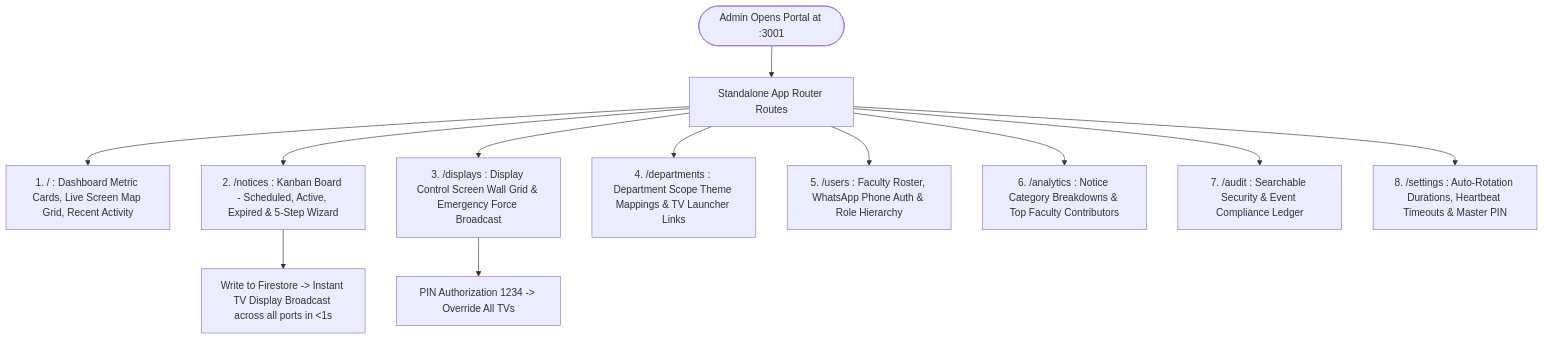
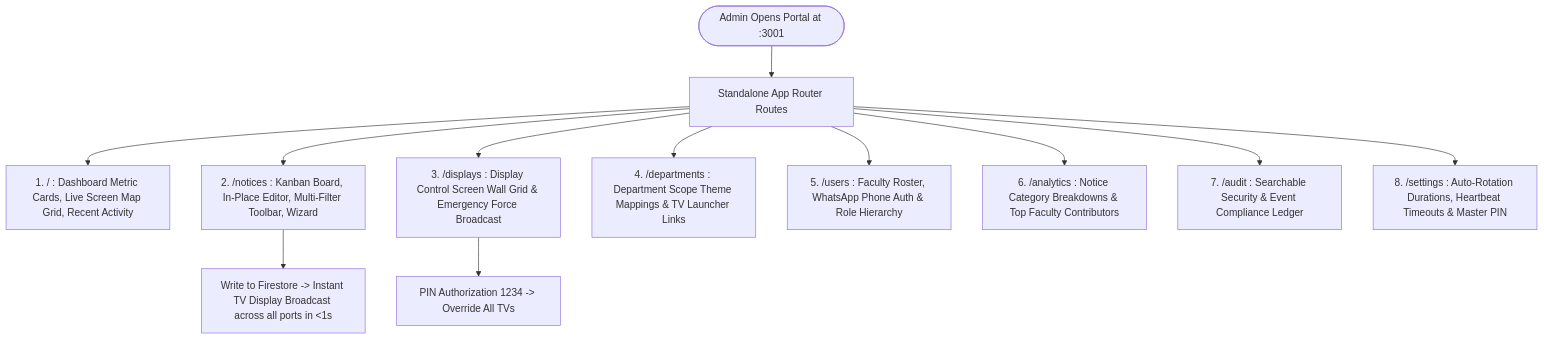
The fourth of 4 diagrams in Docs/SYSTEM_ARCHITECTURE_GUIDE.md (yash-ghodele/CampusCast), drawn with Mermaid before and after one commit. The commit also changed other lines of this file and 5 other files, not shown here.

Commit message:
docs: synchronize architecture, user guide, system guide, phase plan, and memory log

````diff
--- a/Docs/SYSTEM_ARCHITECTURE_GUIDE.md
+++ b/Docs/SYSTEM_ARCHITECTURE_GUIDE.md
@@ -159,16 +163,16 @@
 ```mermaid
 flowchart TD
     AdminLogin([Admin Opens Portal at :3001]) --> NavRoutes[Standalone App Router Routes]
     
     NavRoutes --> P1[1. / : Dashboard Metric Cards, Live Screen Map Grid, Recent Activity]
-    NavRoutes --> P2[2. /notices : Kanban Board - Scheduled, Active, Expired & 5-Step Wizard]
+    NavRoutes --> P2[2. /notices : Kanban Board, In-Place Editor, Multi-Filter Toolbar, Wizard]
     NavRoutes --> P3[3. /displays : Display Control Screen Wall Grid & Emergency Force Broadcast]
     NavRoutes --> P4[4. /departments : Department Scope Theme Mappings & TV Launcher Links]
     NavRoutes --> P5[5. /users : Faculty Roster, WhatsApp Phone Auth & Role Hierarchy]
     NavRoutes --> P6[6. /analytics : Notice Category Breakdowns & Top Faculty Contributors]
     NavRoutes --> P7[7. /audit : Searchable Security & Event Compliance Ledger]
     NavRoutes --> P8[8. /settings : Auto-Rotation Durations, Heartbeat Timeouts & Master PIN]
     
     P2 --> WriteFS[Write to Firestore -> Instant TV Display Broadcast across all ports in <1s]
     P3 --> EmergencyPIN[PIN Authorization 1234 -> Override All TVs]
 ```
````
